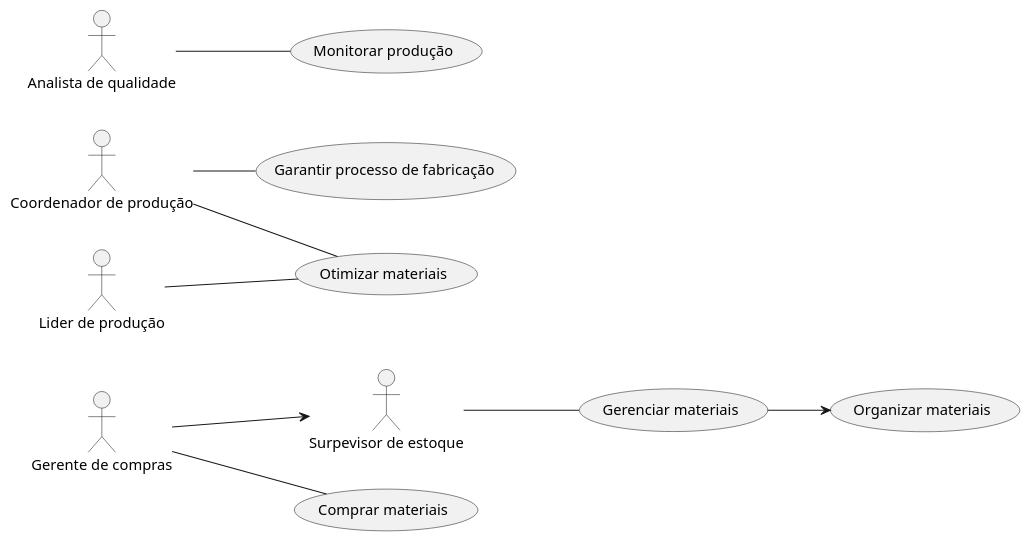
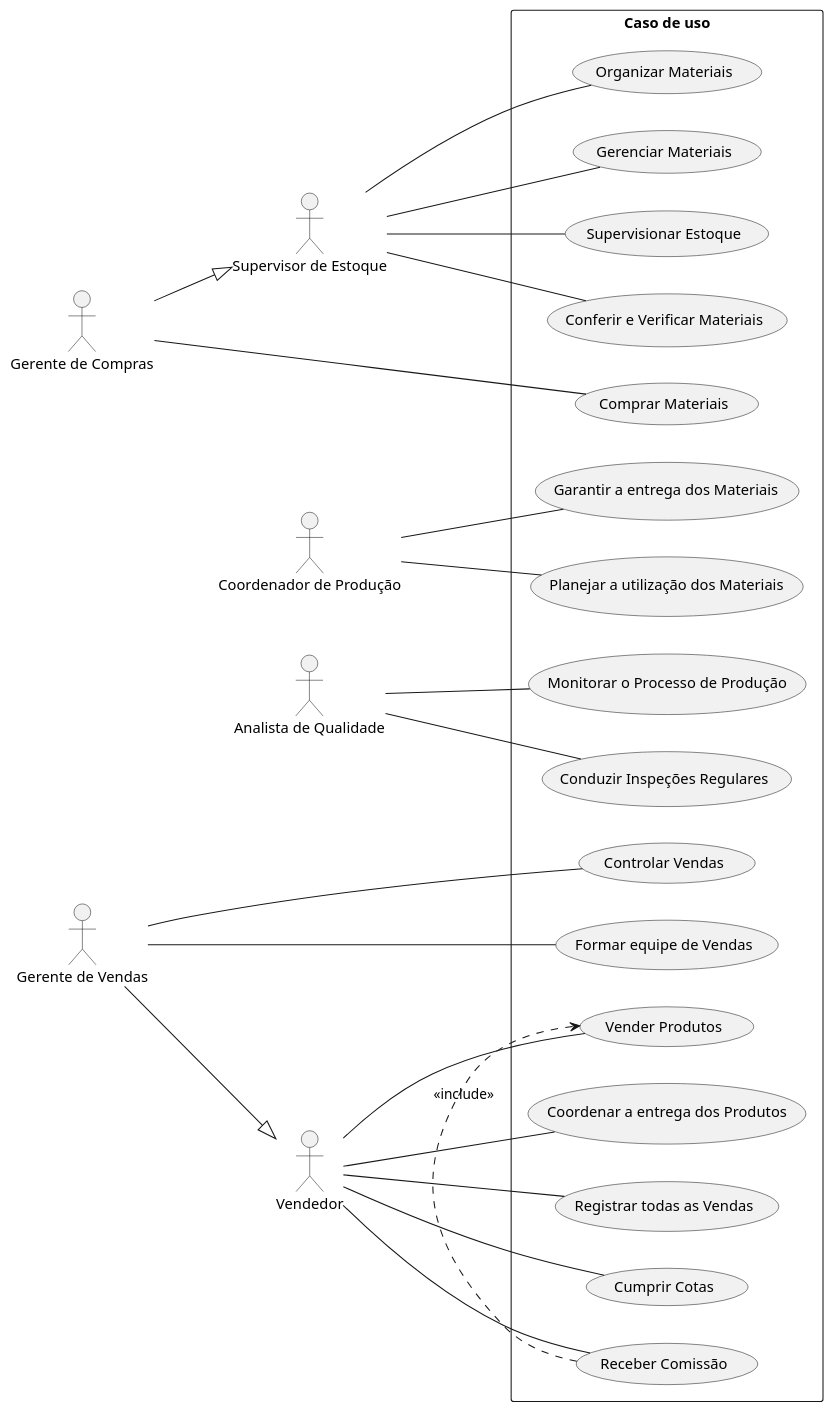
One commit to RaulanSantana/eng1 changed the diagram in deliciasgourmet.puml. Above: the diagram before and after it, drawn with PlantUML.

Commit message:
Update deliciasgourmet.puml
10/05// - alteração do codigo, colocando retangle no caso de uso.

```diff
--- a/deliciasgourmet.puml
+++ b/deliciasgourmet.puml
@@ -1,48 +1,51 @@
 @startuml
-/' delicias gourmet'/
+
 left to right direction
 
+    actor "Gerente de Compras" as gc
+    actor "Supervisor de Estoque" as sde
+    actor "Coordenador de Produção" as cp
+    actor "Analista de Qualidade" as aq 
+    actor "Gerente de Vendas" as gv
+    actor Vendedor as vd 
 
 
-  
+rectangle "Caso de uso" {
+   usecase "Organizar Materiais" as UC1  
+    usecase "Gerenciar Materiais" as UC2
+    usecase "Supervisionar Estoque" as UC3
+    usecase "Receber Comissão" as UC4
+    usecase "Vender Produtos" as UC5
+    usecase "Controlar Vendas" as UC6
+    usecase "Comprar Materiais" as UC7
+    usecase "Conferir e Verificar Materiais" as UC8
+    usecase "Garantir a entrega dos Materiais" as UC9
+    usecase "Planejar a utilização dos Materiais" as UC10
+    usecase "Monitorar o Processo de Produção" as UC11
+    usecase "Conduzir Inspeções Regulares" as UC12
+    usecase "Coordenar a entrega dos Produtos" as UC13
+    usecase "Registrar todas as Vendas" as UC14 
+    usecase "Formar equipe de Vendas" as UC15
+    usecase "Cumprir Cotas" as UC16 
+}
+    vd -- UC4
+    vd -- UC16 
+    vd -- UC5 
+    gv -- UC6 
+    gv -- UC15 
+    (UC4) .> (UC5) : <<include>> 
+    sde -- UC2 
+    gv --|> vd 
+    gc -- UC7 
+    gc --|> sde 
+    sde -- UC8
+    cp -- UC10
+    aq -- UC11
+    aq -- UC12 
+    vd -- UC13
+    vd -- UC14 
+    sde -- UC1 
+    cp -- UC9 
+    sde -- UC3 
 
-
-  actor "Gerente de compras" as gc
-  actor "Surpevisor de estoque" as se
-  actor "Coordenador de produção" as cp
-  actor "Lider de produção" as lp
-  actor "Analista de qualidade" as aq
-
-
-
-
-  usecase "Comprar materiais" as UC1
-  usecase "Gerenciar materiais" as UC2
-  usecase "Organizar materiais" as UC3
-  usecase "Garantir processo de fabricação" as UC4
-  usecase "Otimizar materiais" as UC5
-  usecase "Monitorar produção" as UC6
-  
-  
-  
-
-
-
-
-
-
-gc -- UC1
-se -- UC2
-UC2 --> UC3
-gc --> se 
-cp -- UC4
-lp -- UC5
-cp -- UC5
-aq -- UC6
-
-
-/'(UC12) .> (UC10) : <<extend>>
-(UC6) .> (UC1) : <<include>>'/
-
-
-@enduml
+@enduml 
```
